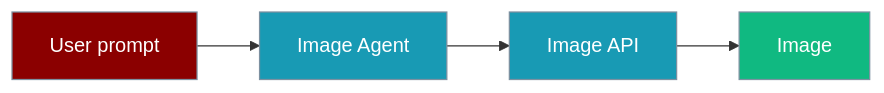
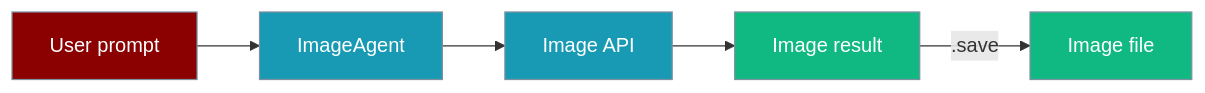
The first of 3 diagrams in docs/features/image-generation.mdx (MervinPraison/PraisonAIDocs), drawn with Mermaid before and after one commit. The commit also changed other lines of this file and 3 other files, not shown here.

Commit message:
fix: document ImageAgent .save() on generate/edit/variation results (fixes #4943)

````diff
--- a/docs/features/image-generation.mdx
+++ b/docs/features/image-generation.mdx
@@ -20,16 +20,15 @@
 ```mermaid
 graph LR
-    U[User prompt] --> A[Image Agent]
+    U[User prompt] --> A[ImageAgent]
     A --> API[Image API]
-    API --> Out[Image]
+    API --> R[Image result]
+    R -->|.save| F[Image file]
 
     classDef agent fill:#8B0000,stroke:#7C90A0,color:#fff
     classDef process fill:#189AB4,stroke:#7C90A0,color:#fff
     classDef result fill:#10B981,stroke:#7C90A0,color:#fff
 
     class U agent
-    class A process
-    class API process
-    class Out result
-
+    class A,API process
+    class R,F result
 ```
````
